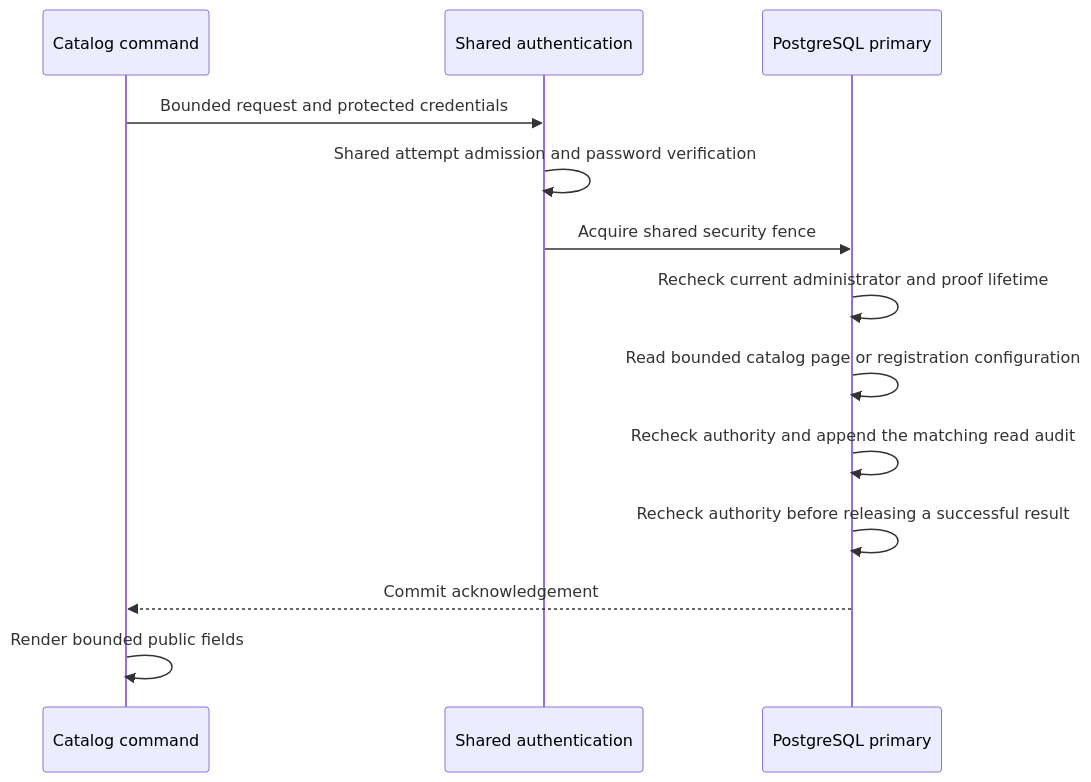
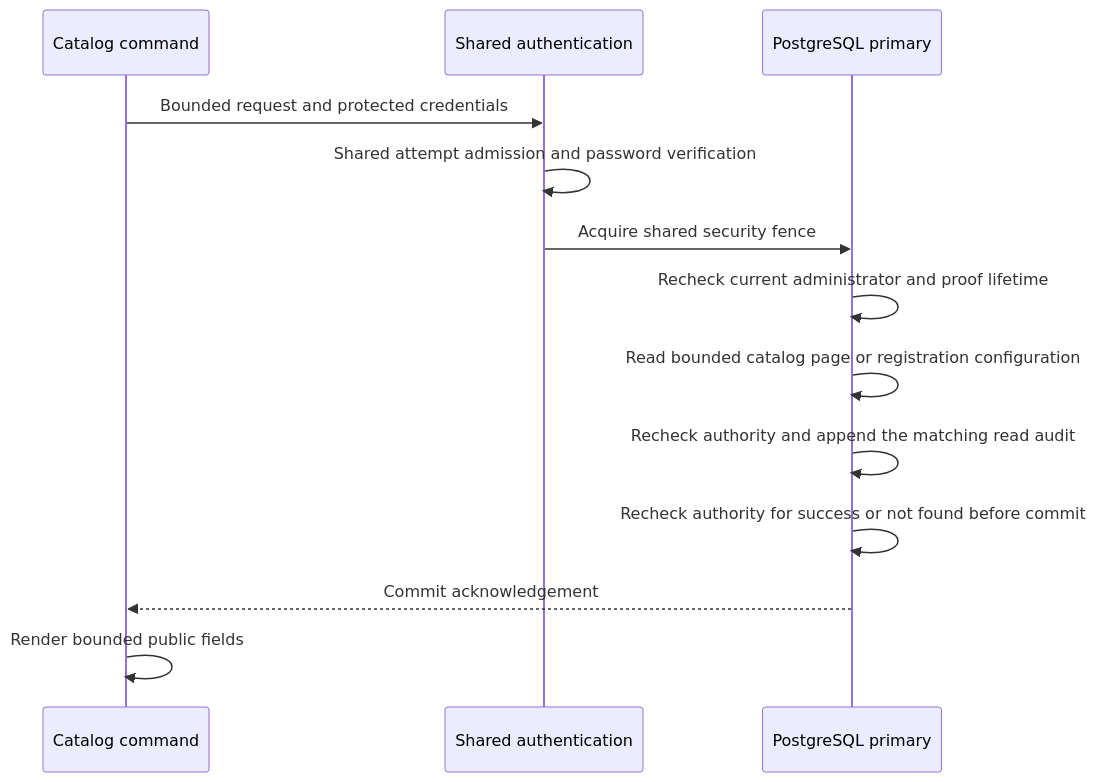
One commit to OneTesseractInMultiverse/darkhorse-identity changed the diagram in docs/operator-catalog.md. Above: the diagram before and after it, drawn with Mermaid. The commit also changed other lines of this file and 22 other files, not shown here.

````diff
--- a/docs/operator-catalog.md
+++ b/docs/operator-catalog.md
@@ -117,15 +117,15 @@
 ```mermaid
 sequenceDiagram
     participant C as Catalog command
     participant A as Shared authentication
     participant P as PostgreSQL primary
     C->>A: Bounded request and protected credentials
     A->>A: Shared attempt admission and password verification
     A->>P: Acquire shared security fence
     P->>P: Recheck current administrator and proof lifetime
     P->>P: Read bounded catalog page or registration configuration
     P->>P: Recheck authority and append the matching read audit
-    P->>P: Recheck authority before releasing a successful result
+    P->>P: Recheck authority for success or not found before commit
     P-->>C: Commit acknowledgement
     C->>C: Render bounded public fields
 ```
````
